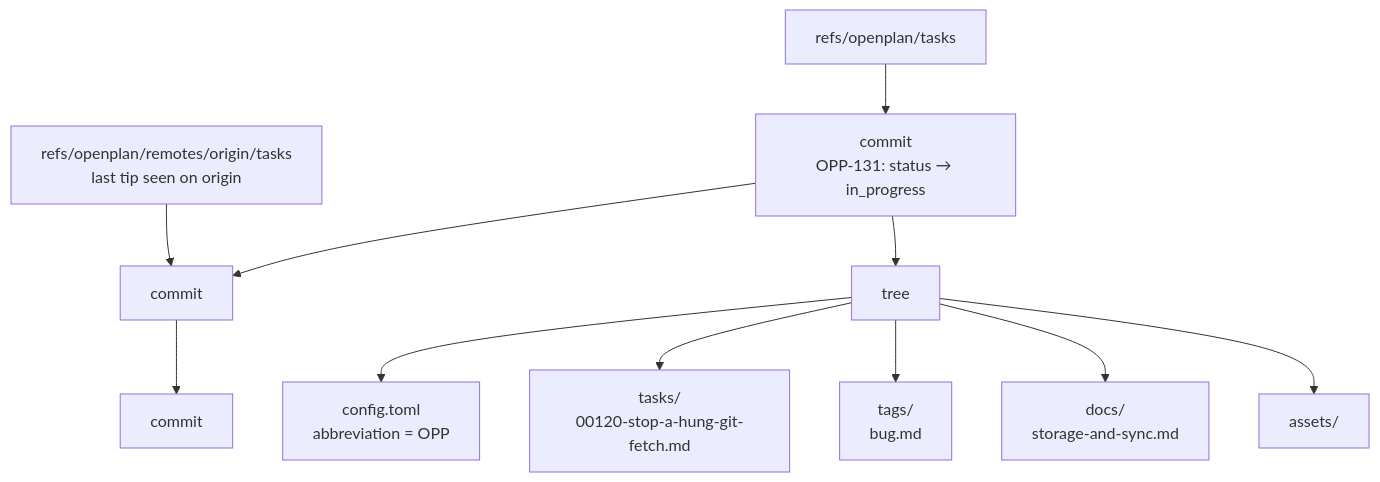
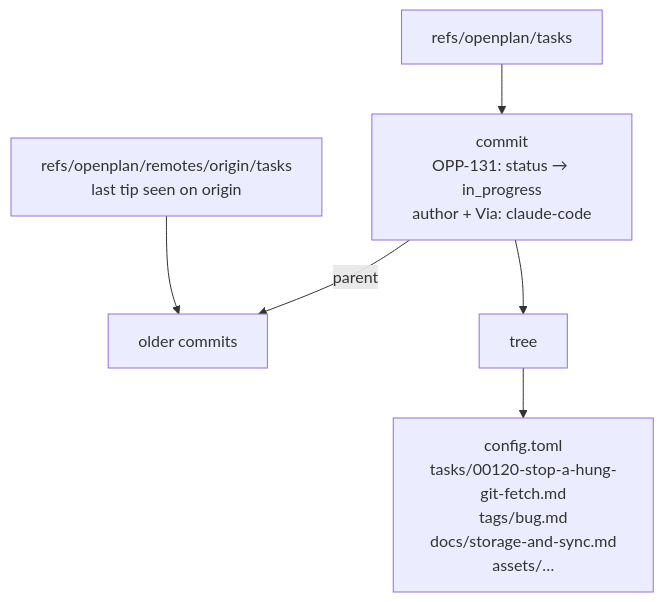
The second of 6 diagrams in docs/storage-and-sync.md (sukovanej/openplan), drawn with Mermaid before and after one commit.

Commit message:
doc storage-and-sync: edit
Via: claude-code

````diff
--- a/docs/storage-and-sync.md
+++ b/docs/storage-and-sync.md
@@ -25,12 +25,8 @@
 ```mermaid
 flowchart TD
-  ref["refs/openplan/tasks"] --> c3["commit<br/>OPP-131: status → in_progress"]
-  track["refs/openplan/remotes/origin/tasks<br/>last tip seen on origin"] --> c2
-  c3 --> c2["commit"] --> c1["commit"]
-  c3 --> tree["tree"]
-  tree --> config["config.toml<br/>abbreviation = OPP"]
-  tree --> tasks["tasks/<br/>00120-stop-a-hung-git-fetch.md"]
-  tree --> tags["tags/<br/>bug.md"]
-  tree --> docs["docs/<br/>storage-and-sync.md"]
-  tree --> assets["assets/"]
+  ref["refs/openplan/tasks"] --> tip["commit<br/>OPP-131: status → in_progress<br/>author + Via: claude-code"]
+  track["refs/openplan/remotes/origin/tasks<br/>last tip seen on origin"] --> older["older commits"]
+  tip -- parent --> older
+  tip --> tree["tree"]
+  tree --> files["config.toml<br/>tasks/00120-stop-a-hung-git-fetch.md<br/>tags/bug.md<br/>docs/storage-and-sync.md<br/>assets/…"]
 ```
````
